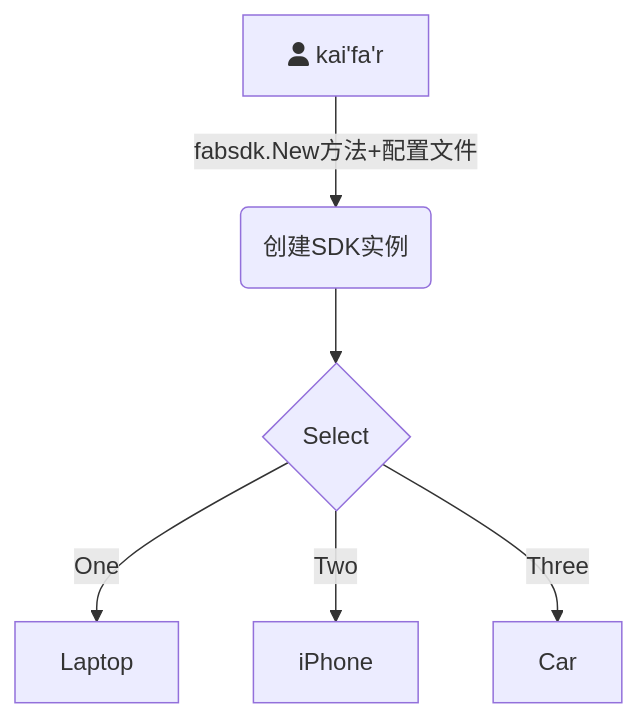
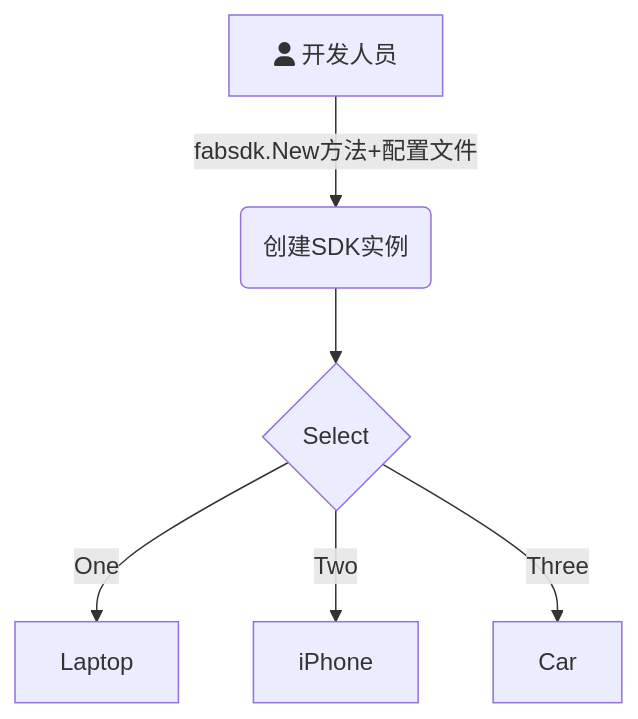
One commit to Utekichan/iodraw-files changed the diagram in all/未命名.md. Above: the diagram before and after it, drawn with Mermaid.

Commit message:
2024-03-30 22:06:14 update

````diff
--- a/all/未命名.md
+++ b/all/未命名.md
@@ -1,9 +1,10 @@
 ```mermaid
 graph TD
-    A[fa:fa-user kai'fa'r] -->|fabsdk.New方法+配置文件| B(创建SDK实例)
+    A[fa:fa-user 开发人员] -->|fabsdk.New方法+配置文件| B(创建SDK实例)
+    
     B --> C{Select}
     C -->|One| D[Laptop]
     C -->|Two| E[iPhone]
     C -->|Three| F[Car]
   
 ```
````
